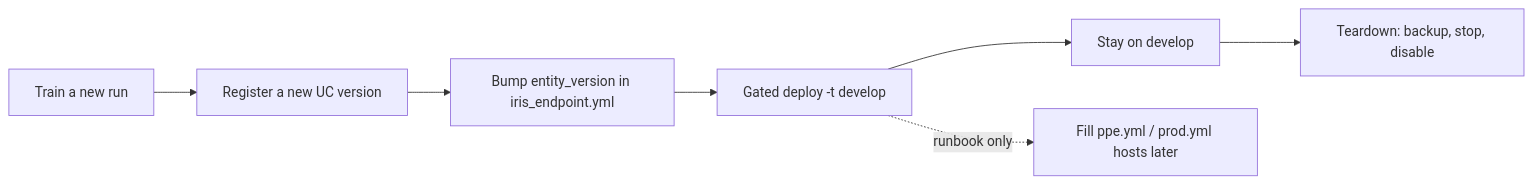
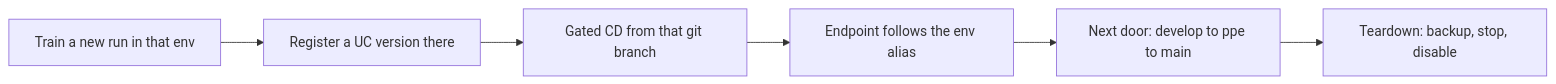
One commit to akumawavez/iris-ml-prod-test changed the second of 3 diagrams in docs/guides/eli25-mlops-lifecycle.md. Above: the diagram before and after it, drawn with Mermaid. The commit also changed other lines of this file and 77 other files, not shown here.

First line of the commit message:
Gate manual CD on the branch, code version, and model alias, and keep the default path from starting paid jobs.

````diff
--- a/docs/guides/eli25-mlops-lifecycle.md
+++ b/docs/guides/eli25-mlops-lifecycle.md
@@ -173,9 +180,8 @@
 ```mermaid
 flowchart LR
-  trainBox["Train a new run"] --> regBox["Register a new UC version"]
-  regBox --> pinBox["Bump entity_version in iris_endpoint.yml"]
-  pinBox --> depBox["Gated deploy -t develop"]
-  depBox --> stay["Stay on develop"]
-  depBox -.->|"runbook only"| later["Fill ppe.yml / prod.yml hosts later"]
-  stay --> tear["Teardown: backup, stop, disable"]
+  trainBox["Train a new run in that env"] --> regBox["Register a UC version there"]
+  regBox --> depBox["Gated CD from that git branch"]
+  depBox --> alias["Endpoint follows the env alias"]
+  alias --> next["Next door: develop to ppe to main"]
+  next --> tear["Teardown: backup, stop, disable"]
 ```
````
